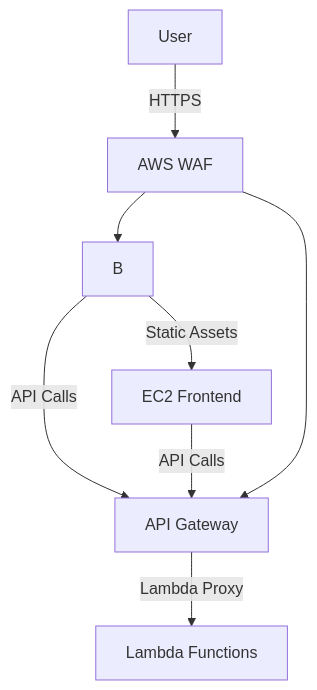
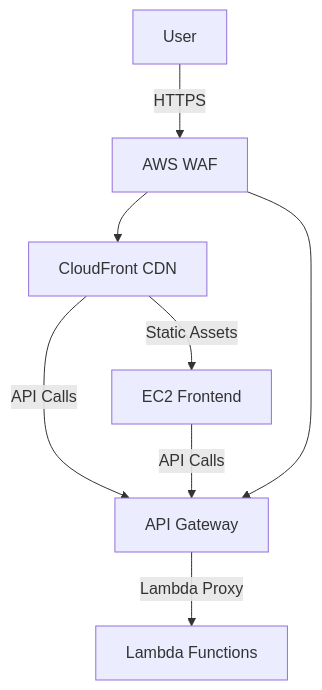
The diagram in Readme.md (guderian120/web_deployment_project), drawn with Mermaid before and after one commit. The commit also changed other lines of this file, not shown here.

````diff
--- a/Readme.md
+++ b/Readme.md
@@ -13,10 +13,10 @@
 ```mermaid
 graph TD
     A[User] -->|HTTPS| F[AWS WAF]
     B -->|Static Assets| C[EC2 Frontend]
     B -->|API Calls| D[API Gateway]
     D -->|Lambda Proxy| E[Lambda Functions]
     C -->|API Calls| D
-    F[AWS WAF] --> B
+    F[AWS WAF] --> B[CloudFront CDN]
     F --> D
 ```
````
